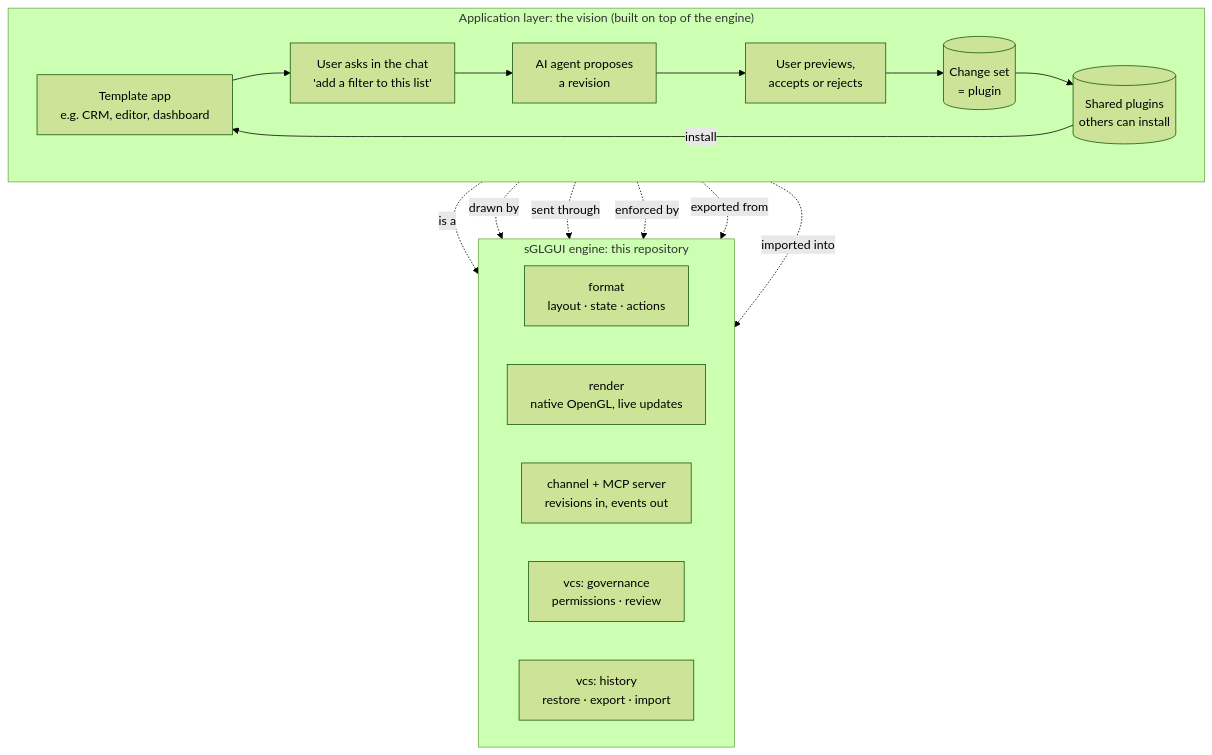
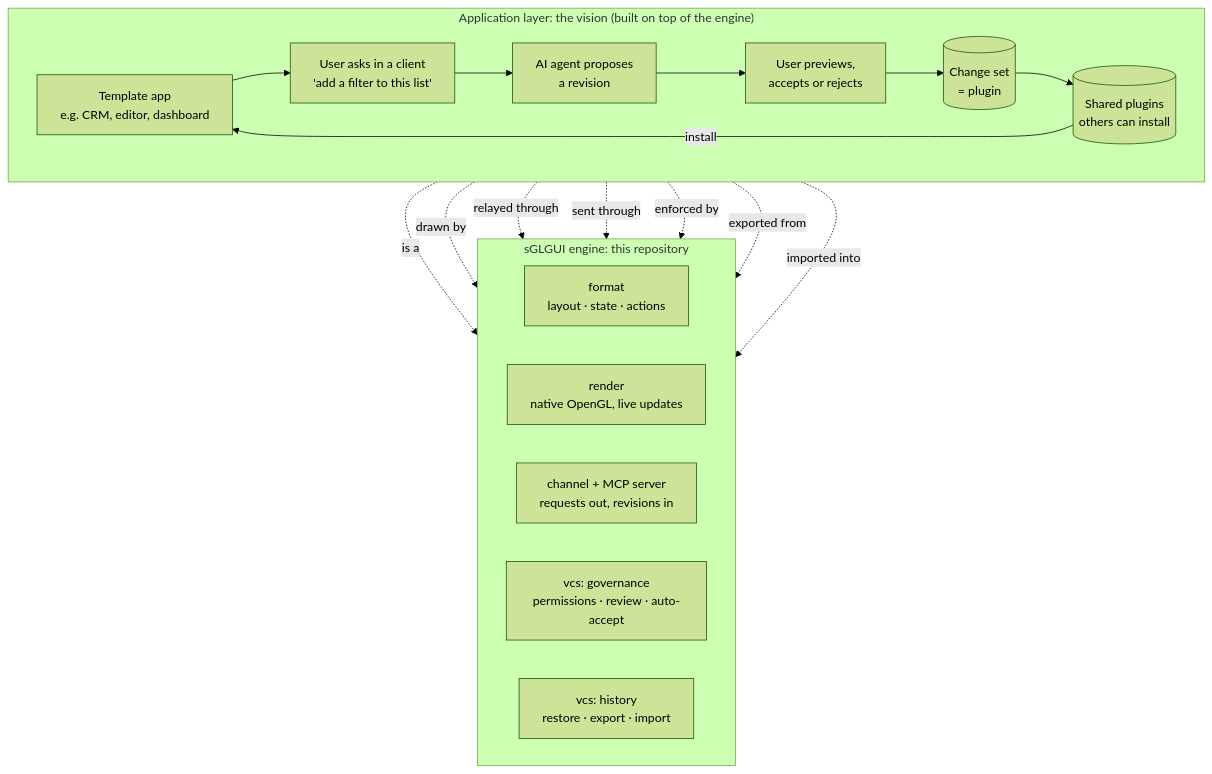
One commit to RiccardoSottini/AffrescoUI changed the fourth of 4 diagrams in README.md. Above: the diagram before and after it, drawn with Mermaid (forest theme). The commit also changed other lines of this file and 16 other files, not shown here.

First line of the commit message:
Replace the chat demo with sglgui_host, the Studio and a two-way MCP bridge

````diff
--- a/README.md
+++ b/README.md
@@ -108,30 +173,31 @@
 ```mermaid
 flowchart TB
     subgraph vision["Application layer: the vision (built on top of the engine)"]
         direction LR
         template["Template app<br/>e.g. CRM, editor, dashboard"]
-        ask["User asks in the chat<br/>'add a filter to this list'"]
+        ask["User asks in a client<br/>'add a filter to this list'"]
         propose["AI agent proposes<br/>a revision"]
         approve["User previews,<br/>accepts or rejects"]
         plugin[("Change set<br/>= plugin")]
         catalogue[("Shared plugins<br/>others can install")]
         template --> ask --> propose --> approve --> plugin --> catalogue
         catalogue -->|install| template
     end
 
     subgraph engine["sGLGUI engine: this repository"]
         direction LR
         format["format<br/>layout · state · actions"]
         renderer["render<br/>native OpenGL, live updates"]
-        stream["channel + MCP server<br/>revisions in, events out"]
-        governance["vcs: governance<br/>permissions · review"]
+        stream["channel + MCP server<br/>requests out, revisions in"]
+        governance["vcs: governance<br/>permissions · review · auto-accept"]
         history["vcs: history<br/>restore · export · import"]
     end
 
     template -.->|is a| format
     template -.->|drawn by| renderer
+    ask -.->|relayed through| stream
     propose -.->|sent through| stream
     approve -.->|enforced by| governance
     plugin -.->|exported from| history
     catalogue -.->|imported into| history
 ```
````
